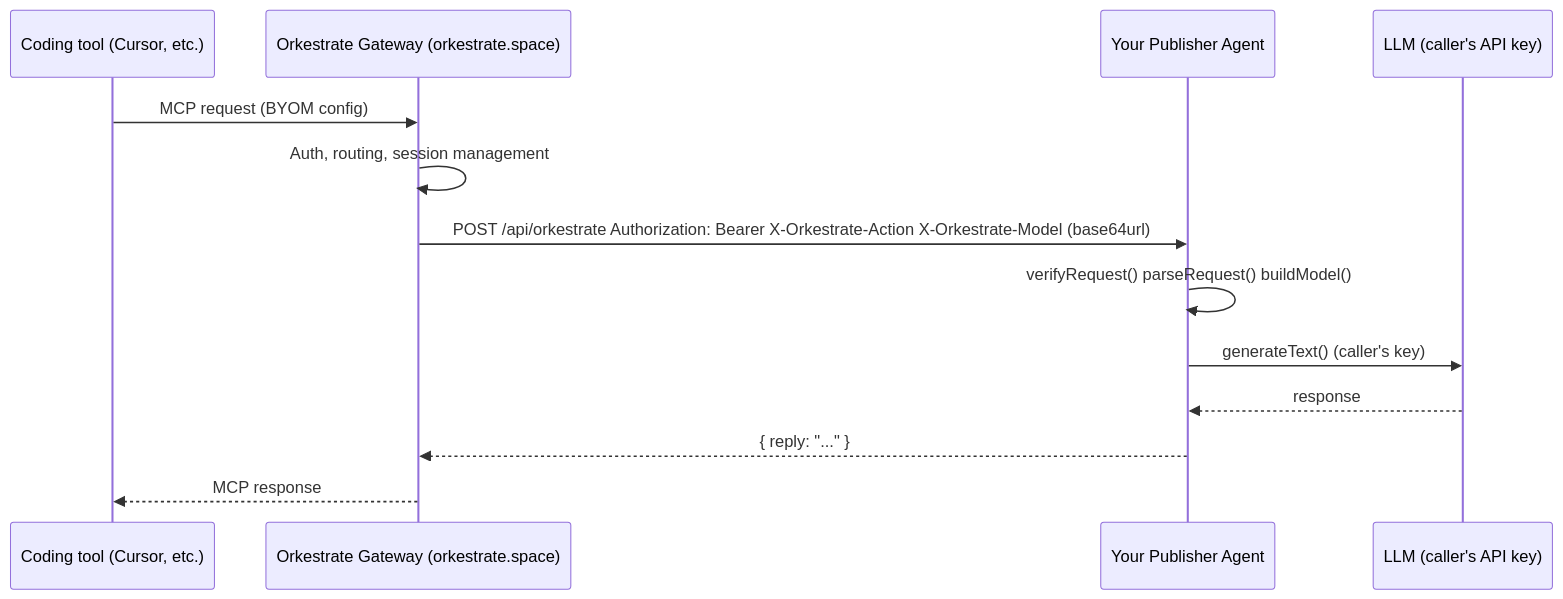
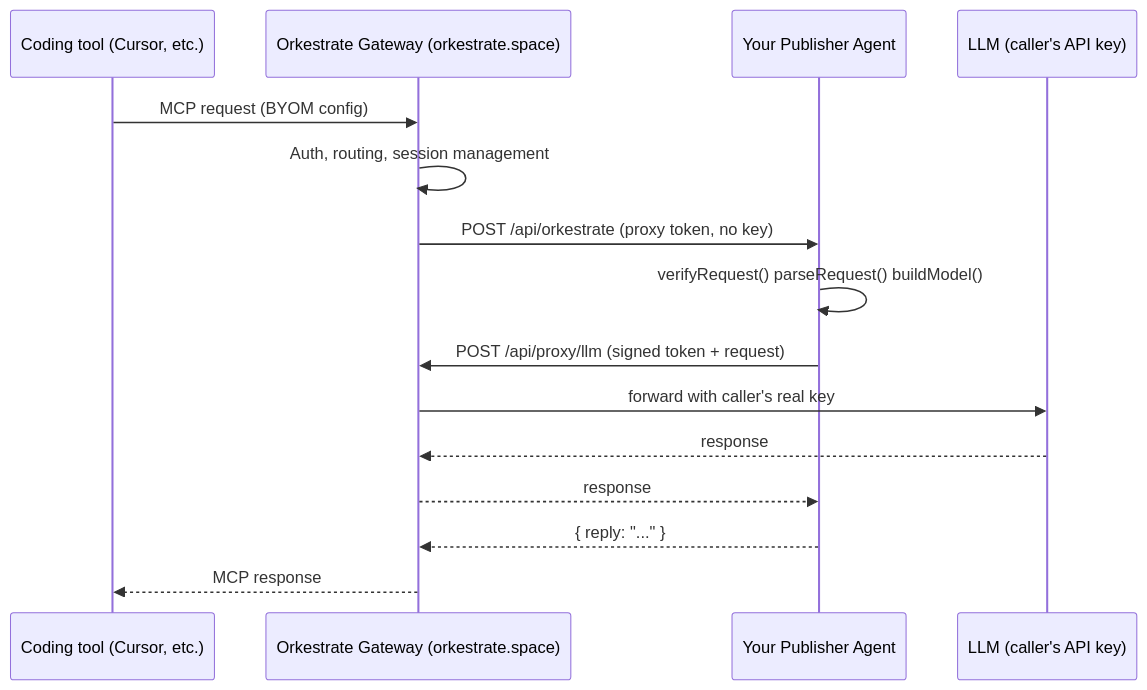
One commit to system1970/orkestrate-sdk changed the diagram in README.md. Above: the diagram before and after it, drawn with Mermaid. The commit also changed other lines of this file and 4 other files, not shown here.

First line of the commit message:
Proxy architecture, remove apiKey from wire, v0.2.0

````diff
--- a/README.md
+++ b/README.md
@@ -23,16 +23,18 @@
 ```mermaid
 sequenceDiagram
     participant Coder as Coding tool (Cursor, etc.)
     participant GW as Orkestrate Gateway (orkestrate.space)
     participant Agent as Your Publisher Agent
     participant LLM as LLM (caller's API key)
 
     Coder->>GW: MCP request (BYOM config)
     GW->>GW: Auth, routing, session management
-    GW->>Agent: POST /api/orkestrate Authorization: Bearer X-Orkestrate-Action X-Orkestrate-Model (base64url)
+    GW->>Agent: POST /api/orkestrate (proxy token, no key)
     Agent->>Agent: verifyRequest() parseRequest() buildModel()
-    Agent->>LLM: generateText() (caller's key)
-    LLM-->>Agent: response
+    Agent->>GW: POST /api/proxy/llm (signed token + request)
+    GW->>LLM: forward with caller's real key
+    LLM-->>GW: response
+    GW-->>Agent: response
     Agent-->>GW: { reply: "..." }
     GW-->>Coder: MCP response
 ```
````
